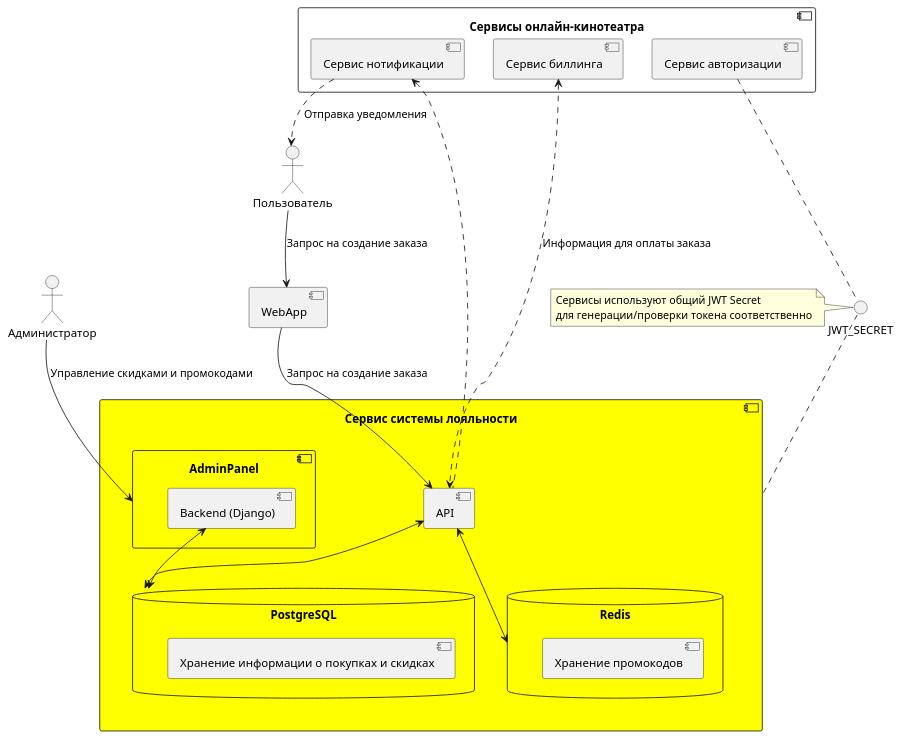
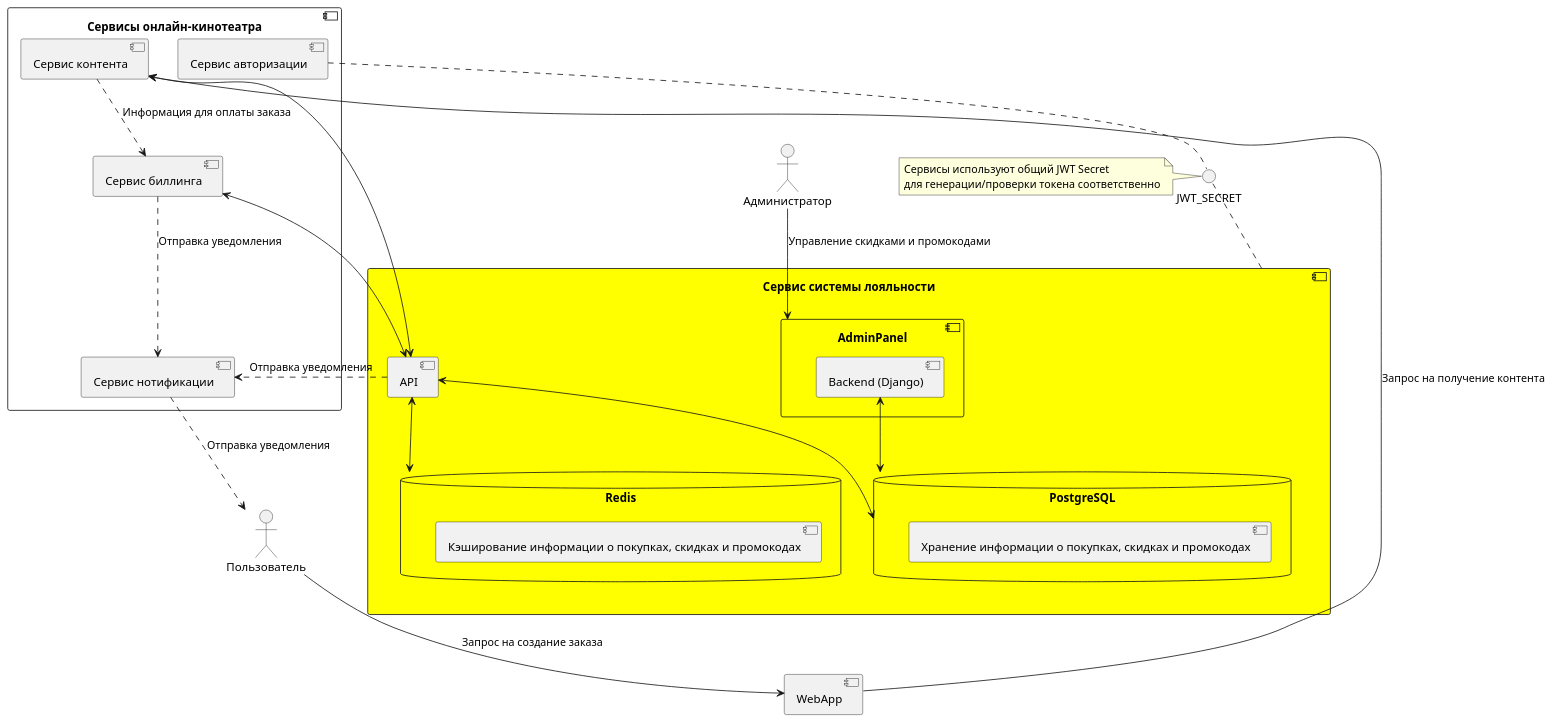
The diagram in architecture/architecture.puml (iManapov/film_service_loyalty), drawn with PlantUML before and after one commit. The commit also changed 3 other files, not shown here.

Commit message:
Refactoring models, migrations and architecture

```diff
--- a/architecture/architecture.puml
+++ b/architecture/architecture.puml
@@ -1,52 +1,56 @@
 @startuml
 skinparam componentStyle uml2
 actor Пользователь as User
 actor Администратор as Admin
 
 
 component "Сервис системы лояльности" as LoyaltyService #Yellow {
     component "AdminPanel" {
         [Backend (Django)] as Django
     }
 
     component "API" as API
 
     database "Redis" as Redis {
-        [Хранение промокодов] as PromocodeStorage
+        [Кэширование информации о покупках, скидках и промокодах] as PromocodeStorage
     }
     database "PostgreSQL" as PostgreSQL {
-        [Хранение информации о покупках и скидках] as Orders
+        [Хранение информации о покупках, скидках и промокодах] as Orders
     }
 }
 
 component "WebApp" as WebApp
 
 
 component "Сервисы онлайн-кинотеатра" as OtherServices {
+    component "Сервис контента" as ContentService
     component "Сервис авторизации" as AuthService
     component "Сервис нотификации" as NotificationService
     component "Сервис биллинга" as BillingService
 }
 
 interface JWT_SECRET
 note left of JWT_SECRET
     Сервисы используют общий JWT Secret
     для генерации/проверки токена соответственно
 end note
 
 
 Admin -down-> AdminPanel: Управление скидками и промокодами
 User --> WebApp: Запрос на создание заказа
-WebApp --> API: Запрос на создание заказа
+WebApp --> ContentService: Запрос на получение контента
+ContentService <--> API
 API <--> PostgreSQL
 API <--> Redis
 Django <--> PostgreSQL
-API .up.> NotificationService
+API ..> NotificationService: Отправка уведомления
 NotificationService ..> User: Отправка уведомления
-BillingService <..> API: Информация для оплаты заказа
+ContentService ..> BillingService: Информация для оплаты заказа
+BillingService ..> NotificationService: Отправка уведомления
+BillingService <-down-> API
 
 LoyaltyService .up. JWT_SECRET
-AuthService .. JWT_SECRET
+AuthService .down. JWT_SECRET
 
 
 @enduml
```
